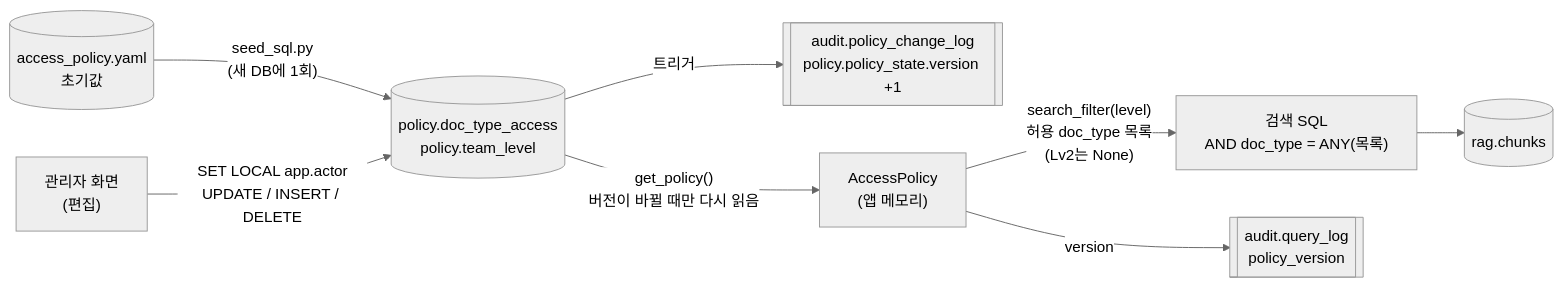
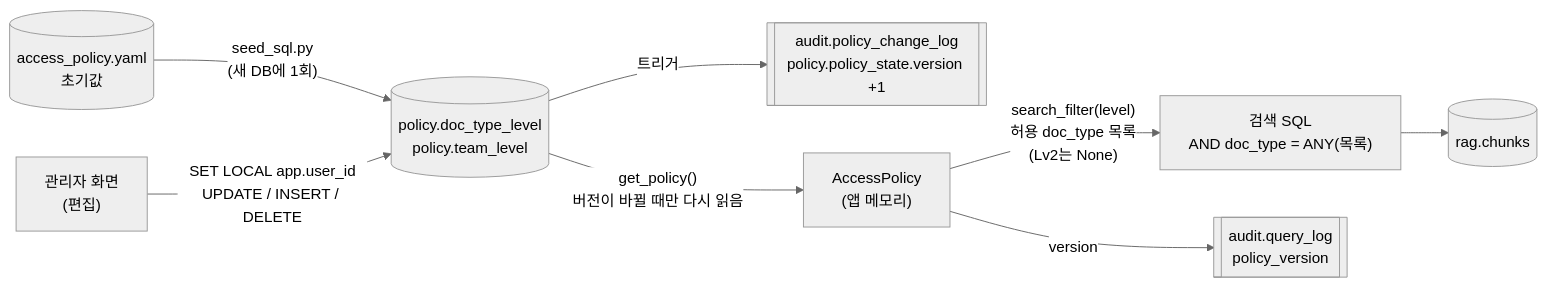
Before and after one commit to taewoo26/nlp_like_lion_chatbot_03: the third of 3 diagrams in docs/permission_schema.md, drawn with Mermaid (neutral theme). The commit also changed other lines of this file and 17 other files, not shown here.

````diff
--- a/docs/permission_schema.md
+++ b/docs/permission_schema.md
@@ -178,10 +209,10 @@
 ```mermaid
 flowchart LR
-    Y[("access_policy.yaml<br/>초기값")] -->|"seed_sql.py<br/>(새 DB에 1회)"| D[("policy.doc_type_access<br/>policy.team_level")]
-    AD["관리자 화면<br/>(편집)"] -->|"SET LOCAL app.actor<br/>UPDATE / INSERT / DELETE"| D
+    Y[("access_policy.yaml<br/>초기값")] -->|"seed_sql.py<br/>(새 DB에 1회)"| D[("policy.doc_type_level<br/>policy.team_level")]
+    AD["관리자 화면<br/>(편집)"] -->|"SET LOCAL app.user_id<br/>UPDATE / INSERT / DELETE"| D
     D -->|"트리거"| CL[["audit.policy_change_log<br/>policy.policy_state.version +1"]]
     D -->|"get_policy()<br/>버전이 바뀔 때만 다시 읽음"| M["AccessPolicy<br/>(앱 메모리)"]
     M -->|"search_filter(level)<br/>허용 doc_type 목록<br/>(Lv2는 None)"| Q["검색 SQL<br/>AND doc_type = ANY(목록)"]
     Q --> C[("rag.chunks")]
     M -->|"version"| L[["audit.query_log<br/>policy_version"]]
 ```
````
